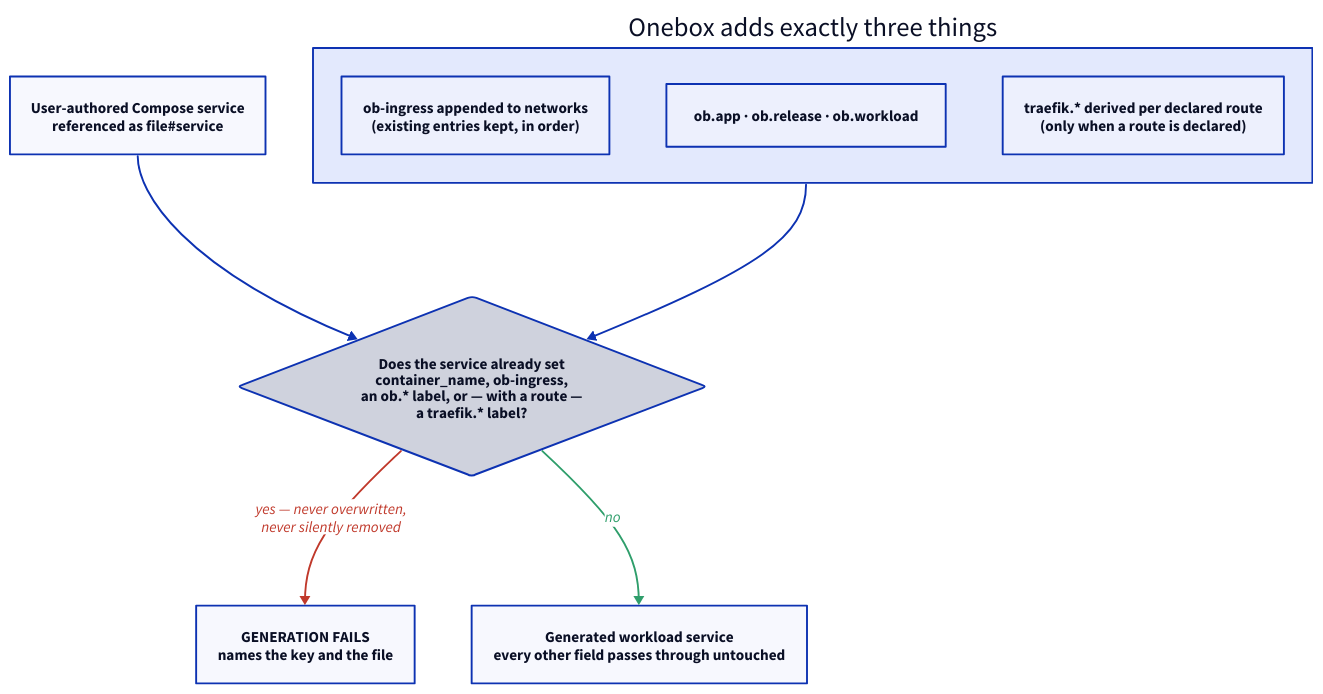
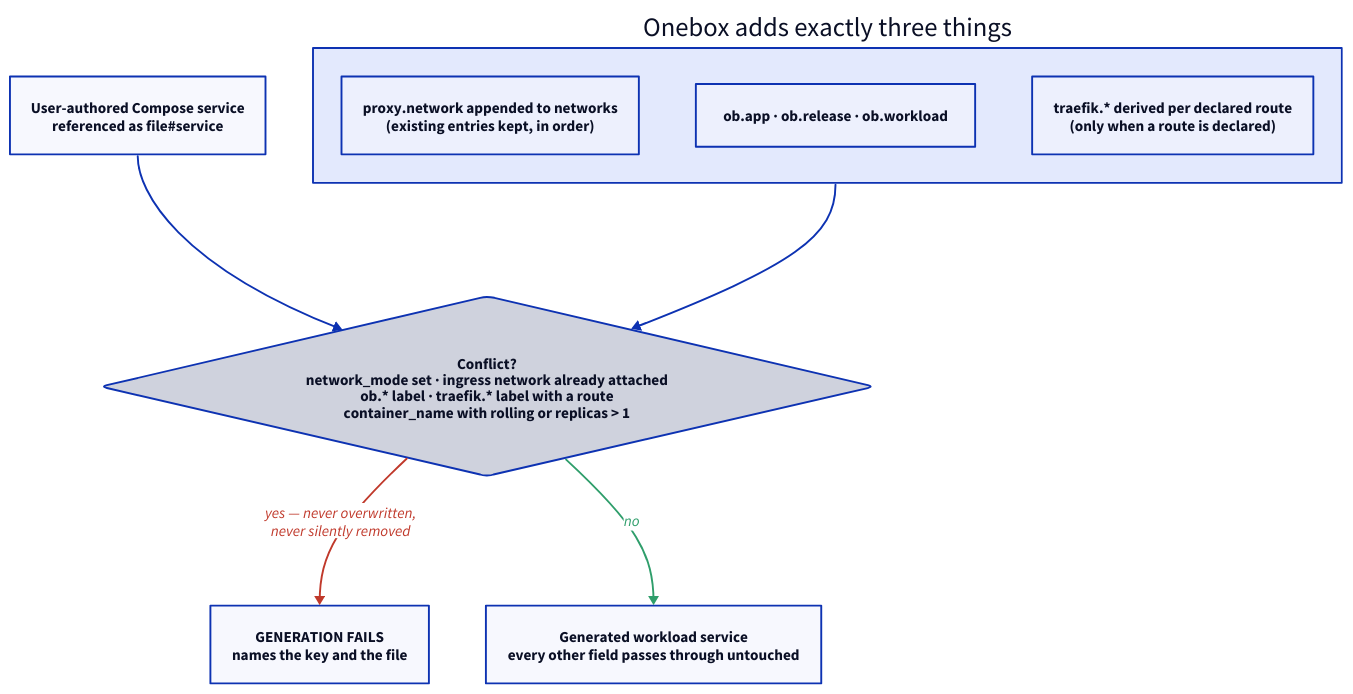
Before and after one commit to labstack/onebox: the diagram in openspec/changes/adopt-declarative-project-schema/diagrams/03-merge-boundary.d2, drawn with D2. The commit also changed 13 other files, not shown here.

First line of the commit message:
docs: answer the second review with a compiled schema

```diff
--- a/openspec/changes/adopt-declarative-project-schema/diagrams/03-merge-boundary.d2
+++ b/openspec/changes/adopt-declarative-project-schema/diagrams/03-merge-boundary.d2
@@ -1,41 +1,41 @@
 # The exact overlay onto a Compose-referenced workload.
 #
 # The whole point is that the set is closed and additive: three things go in,
 # every other field passes through untouched, and a collision stops generation
 # rather than winning silently. container_name is deliberately NOT in the
 # overlay — an earlier draft had Onebox silently remove it, which discards a
 # declaration the user wrote. It is a refusal condition instead.
 #
 # dagre rather than elk: elk placed the two decision edges on the same side and
 # the labels overprinted.
 # d2-layout: dagre
 direction: down
 
 src: "User-authored Compose service\nreferenced as file#service"
 
 overlay: "Onebox adds exactly three things" {
-  a: "ob-ingress appended to networks\n(existing entries kept, in order)"
+  a: "proxy.network appended to networks\n(existing entries kept, in order)"
   b: "ob.app · ob.release · ob.workload"
   c: "traefik.* derived per declared route\n(only when a route is declared)"
 }
 
-check: "Does the service already set\ncontainer_name, ob-ingress,\nan ob.* label, or — with a route —\na traefik.* label?" {
+check: "Conflict?\nnetwork_mode set · ingress network already attached\nob.* label · traefik.* label with a route\ncontainer_name with rolling or replicas > 1" {
   shape: diamond
 }
 
 fail: "GENERATION FAILS\nnames the key and the file" {
   style.bold: true
 }
 
 out: "Generated workload service\nevery other field passes through untouched"
 
 src -> check
 overlay -> check
 check -> fail: "yes — never overwritten,\nnever silently removed" {
   style.stroke: "#c0392b"
   style.font-color: "#c0392b"
 }
 check -> out: "no" {
   style.stroke: "#2f9e6b"
   style.font-color: "#2f9e6b"
 }
```
